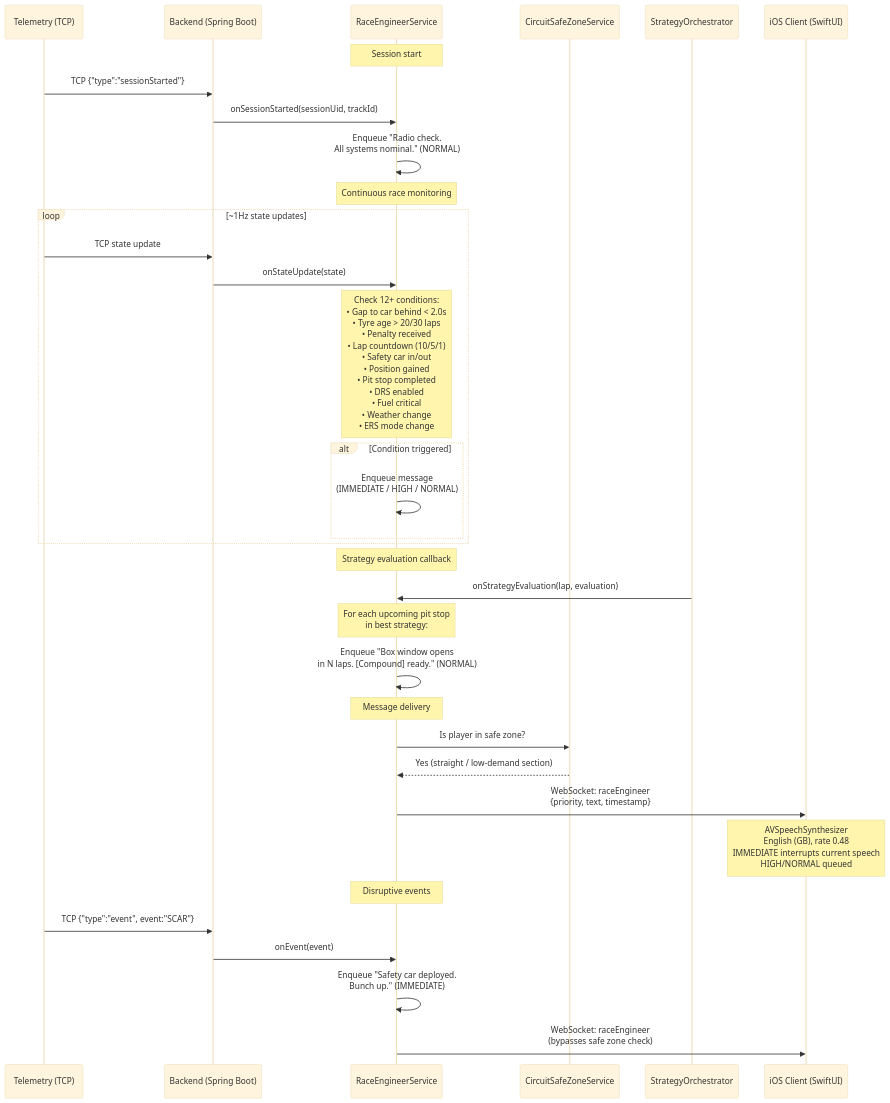
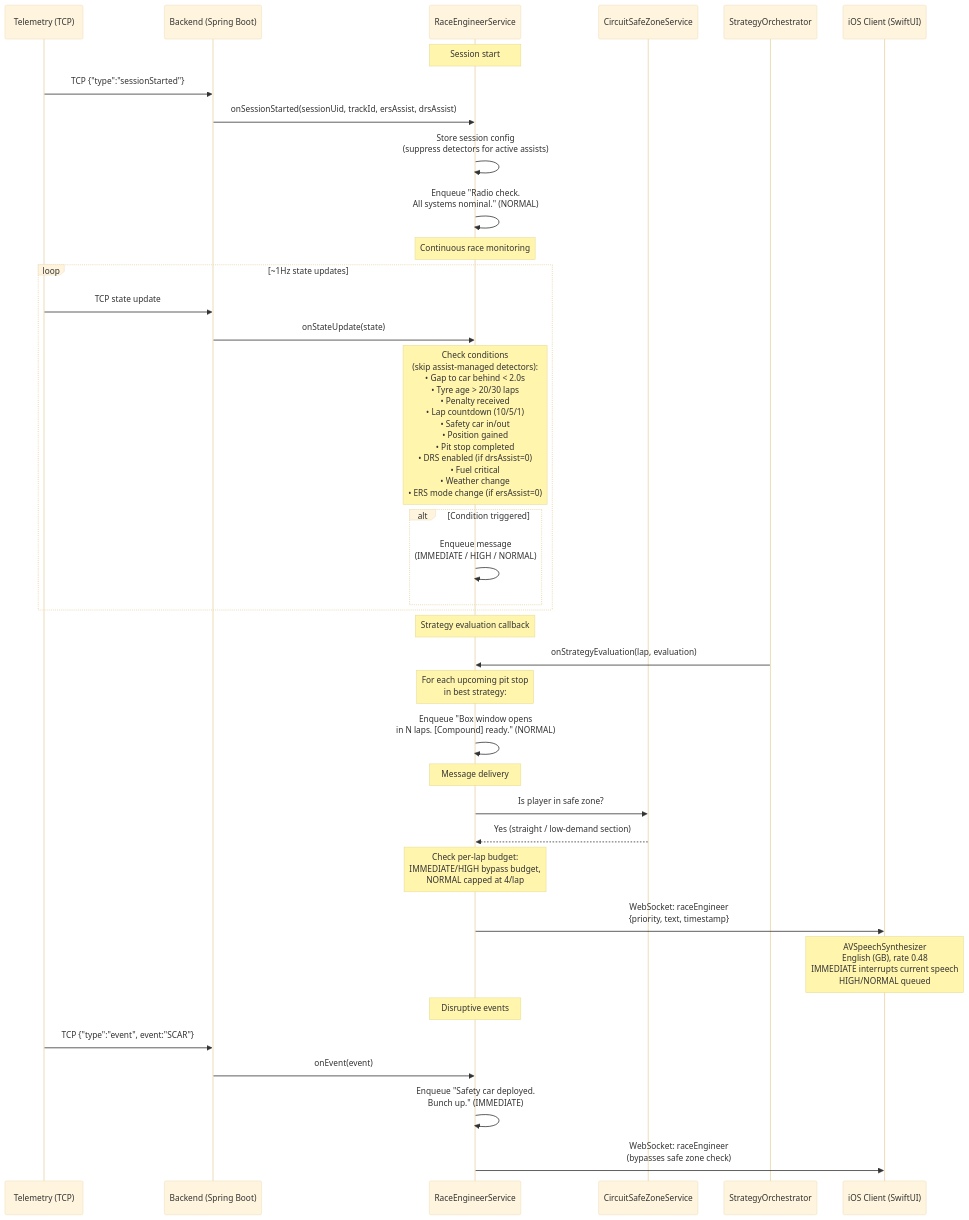
One commit to vmleon/f12025-race-strategy-simulation changed the diagram in design/08-RACE_ENGINEER_VOICE.md. Above: the diagram before and after it, drawn with Mermaid (base theme). The commit also changed other lines of this file and 12 other files, not shown here.

````diff
--- a/design/08-RACE_ENGINEER_VOICE.md
+++ b/design/08-RACE_ENGINEER_VOICE.md
@@ -123,41 +123,43 @@
 ```mermaid
 sequenceDiagram
     participant Telemetry as Telemetry (TCP)
     participant Backend as Backend (Spring Boot)
     participant Eng as RaceEngineerService
     participant SafeZone as CircuitSafeZoneService
     participant StratOrch as StrategyOrchestrator
     participant iOS as iOS Client (SwiftUI)
 
     Note over Eng: Session start
     Telemetry->>Backend: TCP {"type":"sessionStarted"}
-    Backend->>Eng: onSessionStarted(sessionUid, trackId)
+    Backend->>Eng: onSessionStarted(sessionUid, trackId, ersAssist, drsAssist)
+    Eng->>Eng: Store session config<br/>(suppress detectors for active assists)
     Eng->>Eng: Enqueue "Radio check.<br/>All systems nominal." (NORMAL)
 
     Note over Eng: Continuous race monitoring
     loop ~1Hz state updates
         Telemetry->>Backend: TCP state update
         Backend->>Eng: onStateUpdate(state)
-        Note over Eng: Check 12+ conditions:<br/>• Gap to car behind < 2.0s<br/>• Tyre age > 20/30 laps<br/>• Penalty received<br/>• Lap countdown (10/5/1)<br/>• Safety car in/out<br/>• Position gained<br/>• Pit stop completed<br/>• DRS enabled<br/>• Fuel critical<br/>• Weather change<br/>• ERS mode change
+        Note over Eng: Check conditions<br/>(skip assist-managed detectors):<br/>• Gap to car behind < 2.0s<br/>• Tyre age > 20/30 laps<br/>• Penalty received<br/>• Lap countdown (10/5/1)<br/>• Safety car in/out<br/>• Position gained<br/>• Pit stop completed<br/>• DRS enabled (if drsAssist=0)<br/>• Fuel critical<br/>• Weather change<br/>• ERS mode change (if ersAssist=0)
         alt Condition triggered
             Eng->>Eng: Enqueue message<br/>(IMMEDIATE / HIGH / NORMAL)
         end
     end
 
     Note over Eng: Strategy evaluation callback
     StratOrch->>Eng: onStrategyEvaluation(lap, evaluation)
     Note over Eng: For each upcoming pit stop<br/>in best strategy:
     Eng->>Eng: Enqueue "Box window opens<br/>in N laps. [Compound] ready." (NORMAL)
 
     Note over Eng: Message delivery
     Eng->>SafeZone: Is player in safe zone?
     SafeZone-->>Eng: Yes (straight / low-demand section)
+    Note over Eng: Check per-lap budget:<br/>IMMEDIATE/HIGH bypass budget,<br/>NORMAL capped at 4/lap
     Eng->>iOS: WebSocket: raceEngineer<br/>{priority, text, timestamp}
     Note over iOS: AVSpeechSynthesizer<br/>English (GB), rate 0.48<br/>IMMEDIATE interrupts current speech<br/>HIGH/NORMAL queued
 
     Note over Eng: Disruptive events
     Telemetry->>Backend: TCP {"type":"event", event:"SCAR"}
     Backend->>Eng: onEvent(event)
     Eng->>Eng: Enqueue "Safety car deployed.<br/>Bunch up." (IMMEDIATE)
     Eng->>iOS: WebSocket: raceEngineer<br/>(bypasses safe zone check)
 ```
````
